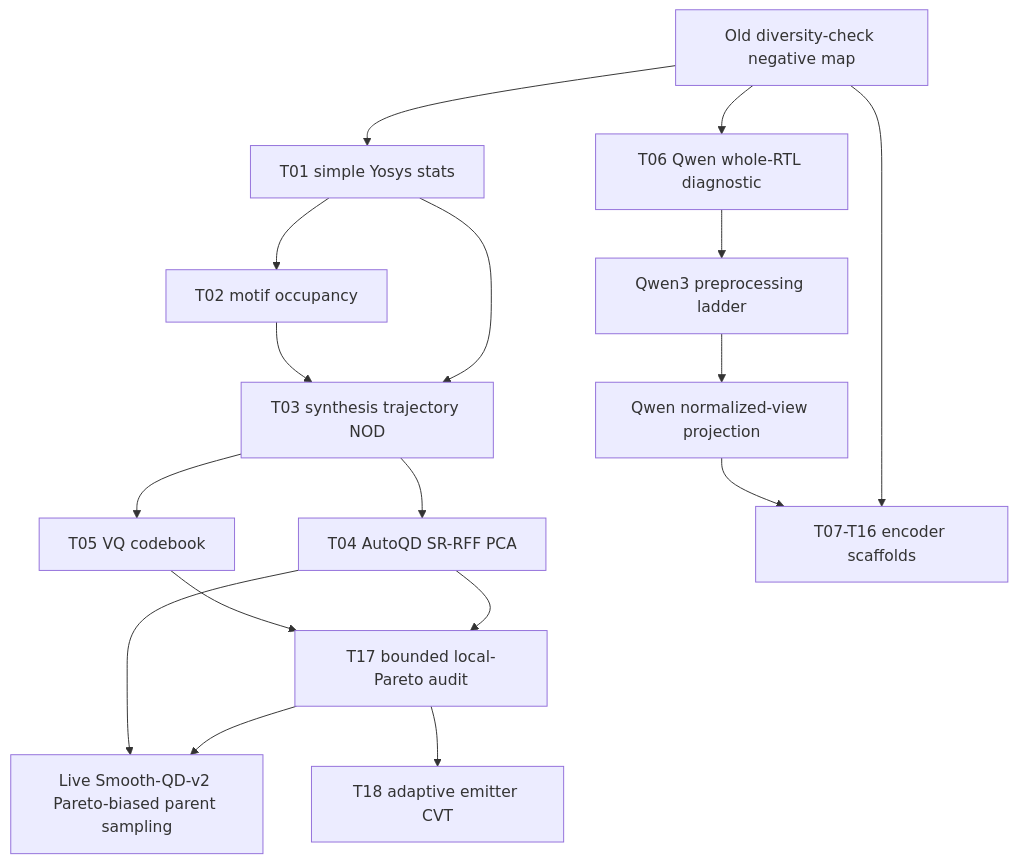
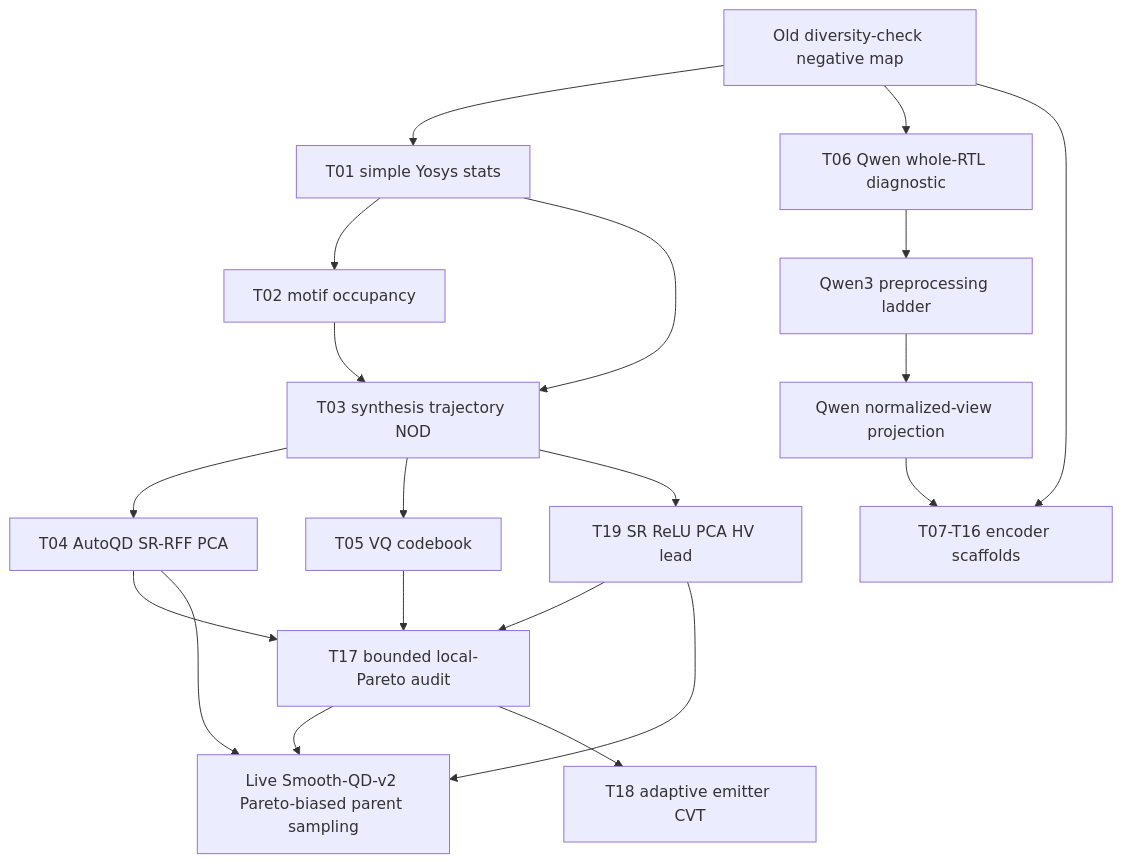
Before and after one commit to kmcho2019/REvolution: the diagram in docs/journal_features/revamp_history/20260622_010615_KST_useful_bd_push/technique_lanes.md, drawn with Mermaid. The commit also changed other lines of this file and 28 other files, not shown here.

````diff
--- a/docs/journal_features/revamp_history/20260622_010615_KST_useful_bd_push/technique_lanes.md
+++ b/docs/journal_features/revamp_history/20260622_010615_KST_useful_bd_push/technique_lanes.md
@@ -22,21 +22,24 @@
 ```mermaid
 flowchart TD
   A[Old diversity-check negative map] --> B[T01 simple Yosys stats]
   B --> C[T02 motif occupancy]
   B --> D[T03 synthesis trajectory NOD]
   C --> D
   D --> E[T04 AutoQD SR-RFF PCA]
   D --> F[T05 VQ codebook]
+  D --> N[T19 SR ReLU PCA HV lead]
   E --> G[T17 bounded local-Pareto audit]
+  N --> G
   F --> G
   G --> H[Live Smooth-QD-v2 Pareto-biased parent sampling]
   E --> H
+  N --> H
 
   A --> I[T06 Qwen whole-RTL diagnostic]
   I --> J[Qwen3 preprocessing ladder]
   J --> K[Qwen normalized-view projection]
 
   A --> L[T07-T16 encoder scaffolds]
   K --> L
   G --> M[T18 adaptive emitter CVT]
 ```
````
